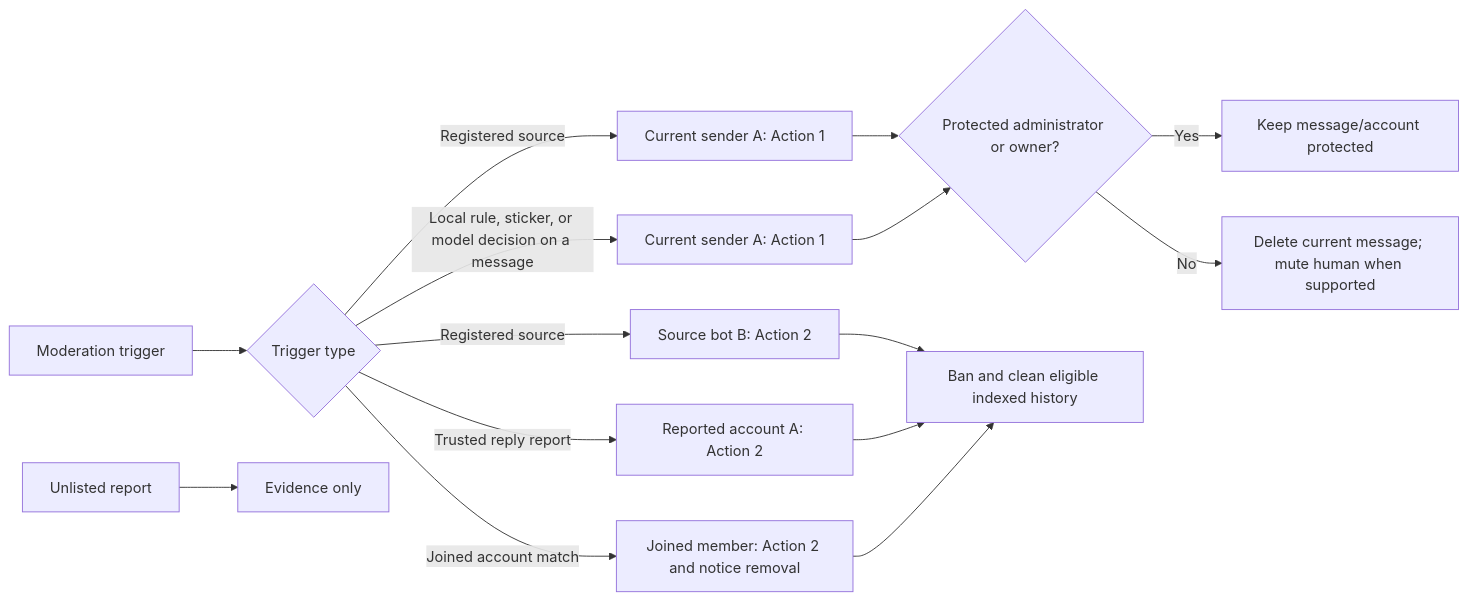
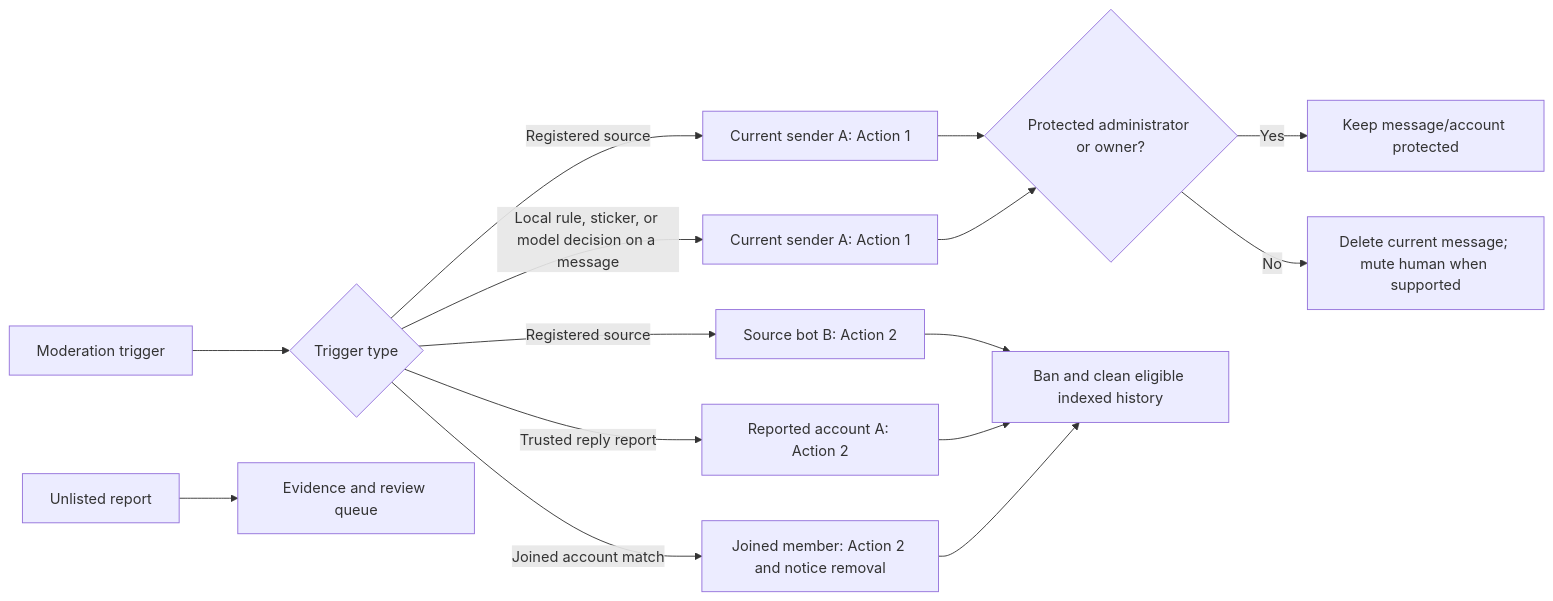
The second of 2 diagrams in docs/behavior.md (IceCodeNew/anti-fwd-spam), drawn with Mermaid before and after one commit. The commit also changed other lines of this file and 13 other files, not shown here.

First line of the commit message:
feat: queue unlisted reports for external review (#71)

````diff
--- a/docs/behavior.md
+++ b/docs/behavior.md
@@ -76,17 +76,17 @@
 ```mermaid
 flowchart LR
     A[Moderation trigger] --> B{Trigger type}
     B -->|Registered source| C[Current sender A: Action 1]
     B -->|Registered source| D[Source bot B: Action 2]
     B -->|Trusted reply report| E[Reported account A: Action 2]
     B -->|Local rule, sticker, or model decision on a message| F[Current sender A: Action 1]
     B -->|Joined account match| M[Joined member: Action 2 and notice removal]
-    G[Unlisted report] --> H[Evidence only]
+    G[Unlisted report] --> H[Evidence and review queue]
     C --> I{Protected administrator or owner?}
     F --> I
     I -->|Yes| J[Keep message/account protected]
     I -->|No| K[Delete current message; mute human when supported]
     D --> L[Ban and clean eligible indexed history]
     E --> L
     M --> L
 ```
````
